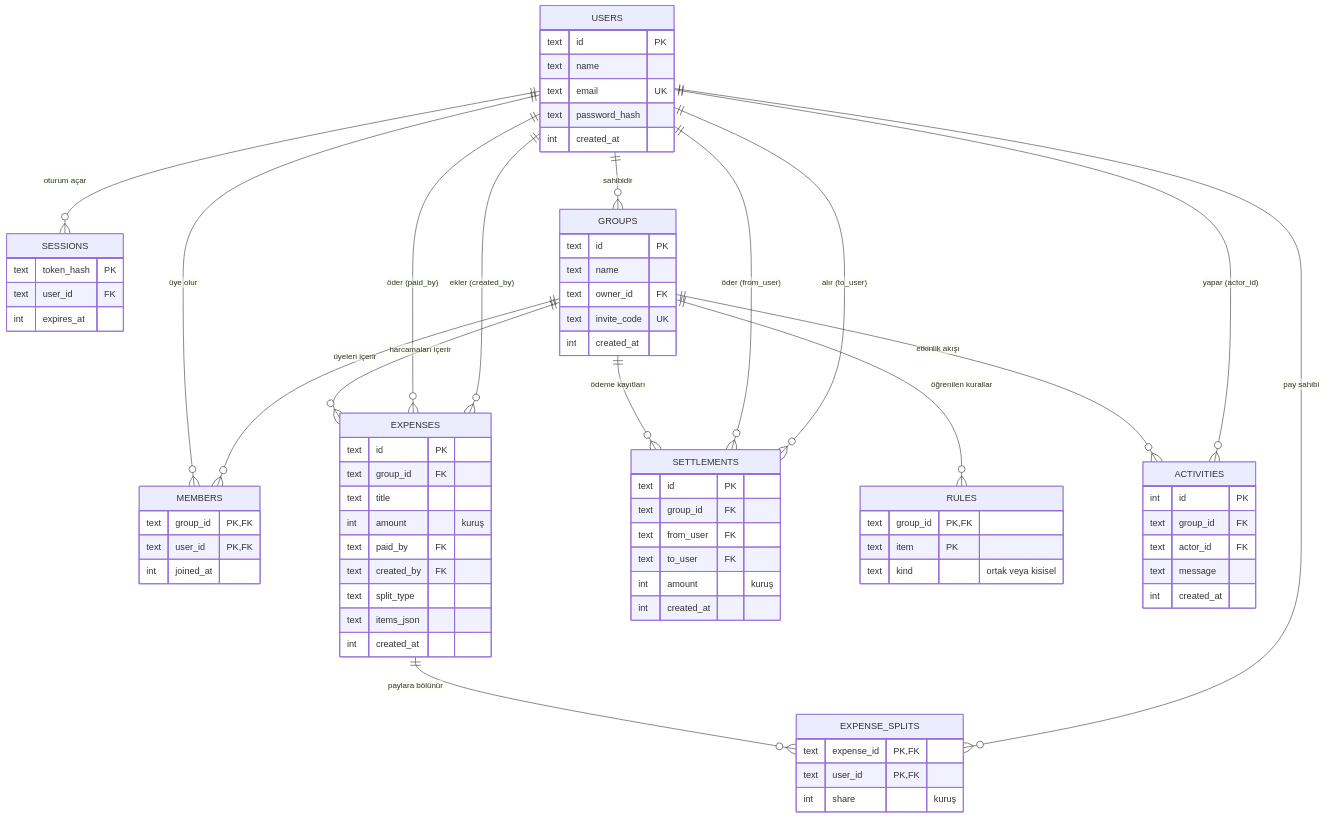
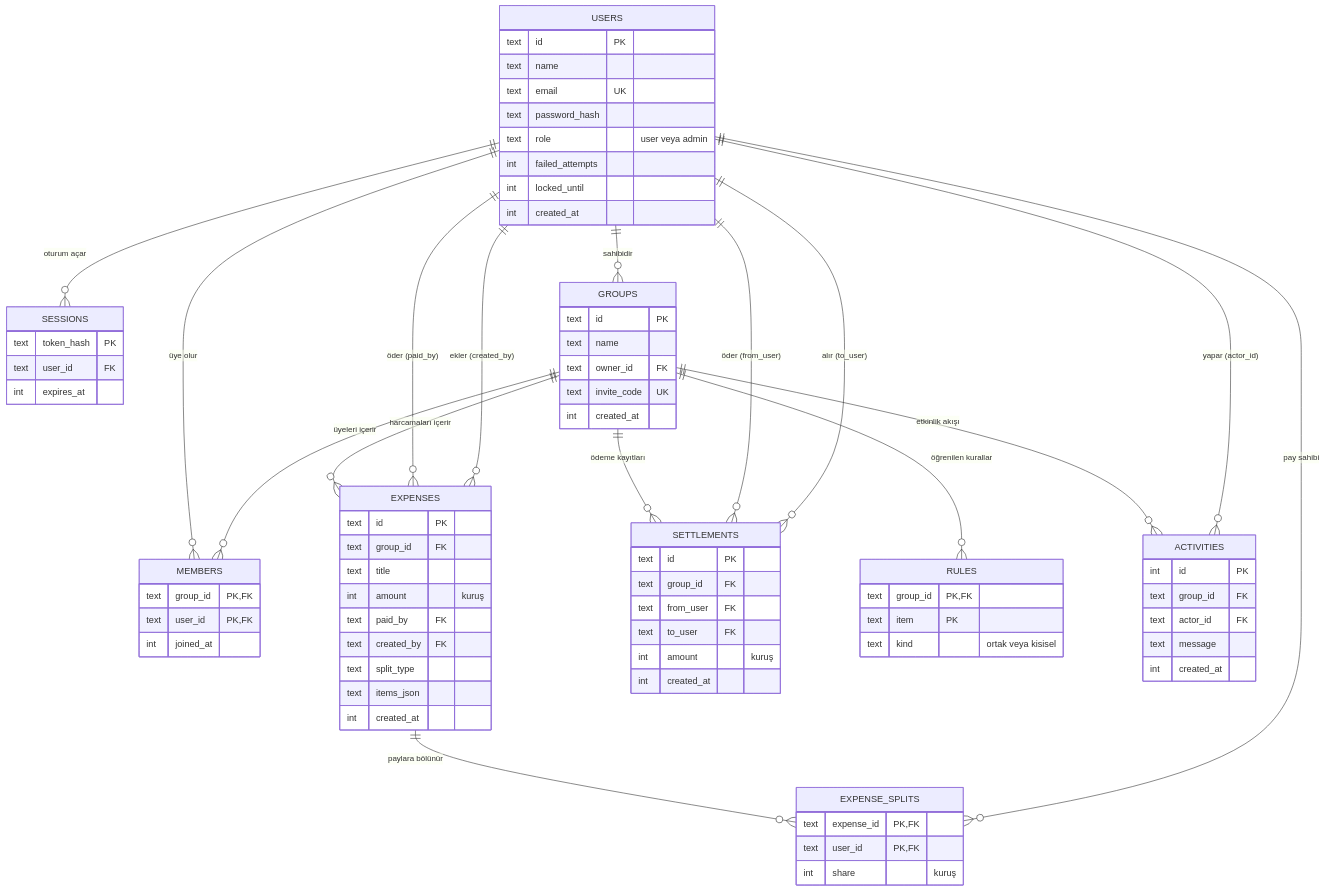
Before and after one commit to Batinahmet/Ortak-Gider-Payla-m-Ve-Bor-Takibi-backand: the diagram in docs/er-diagram-en.mmd, drawn with Mermaid. The commit also changed 21 other files, not shown here.

```diff
--- a/docs/er-diagram-en.mmd
+++ b/docs/er-diagram-en.mmd
@@ -1,77 +1,80 @@
 erDiagram
   USERS ||--o{ SESSIONS : "oturum açar"
   USERS ||--o{ GROUPS : "sahibidir"
   USERS ||--o{ MEMBERS : "üye olur"
   GROUPS ||--o{ MEMBERS : "üyeleri içerir"
   GROUPS ||--o{ EXPENSES : "harcamaları içerir"
   USERS ||--o{ EXPENSES : "öder (paid_by)"
   USERS ||--o{ EXPENSES : "ekler (created_by)"
   EXPENSES ||--o{ EXPENSE_SPLITS : "paylara bölünür"
   USERS ||--o{ EXPENSE_SPLITS : "pay sahibi"
   GROUPS ||--o{ SETTLEMENTS : "ödeme kayıtları"
   USERS ||--o{ SETTLEMENTS : "öder (from_user)"
   USERS ||--o{ SETTLEMENTS : "alır (to_user)"
   GROUPS ||--o{ RULES : "öğrenilen kurallar"
   GROUPS ||--o{ ACTIVITIES : "etkinlik akışı"
   USERS ||--o{ ACTIVITIES : "yapar (actor_id)"
 
   USERS {
     text id PK
     text name
     text email UK
     text password_hash
+    text role "user veya admin"
+    int failed_attempts
+    int locked_until
     int created_at
   }
   SESSIONS {
     text token_hash PK
     text user_id FK
     int expires_at
   }
   GROUPS {
     text id PK
     text name
     text owner_id FK
     text invite_code UK
     int created_at
   }
   MEMBERS {
     text group_id PK,FK
     text user_id PK,FK
     int joined_at
   }
   EXPENSES {
     text id PK
     text group_id FK
     text title
     int amount "kuruş"
     text paid_by FK
     text created_by FK
     text split_type
     text items_json
     int created_at
   }
   EXPENSE_SPLITS {
     text expense_id PK,FK
     text user_id PK,FK
     int share "kuruş"
   }
   SETTLEMENTS {
     text id PK
     text group_id FK
     text from_user FK
     text to_user FK
     int amount "kuruş"
     int created_at
   }
   RULES {
     text group_id PK,FK
     text item PK
     text kind "ortak veya kisisel"
   }
   ACTIVITIES {
     int id PK
     text group_id FK
     text actor_id FK
     text message
     int created_at
   }
```
